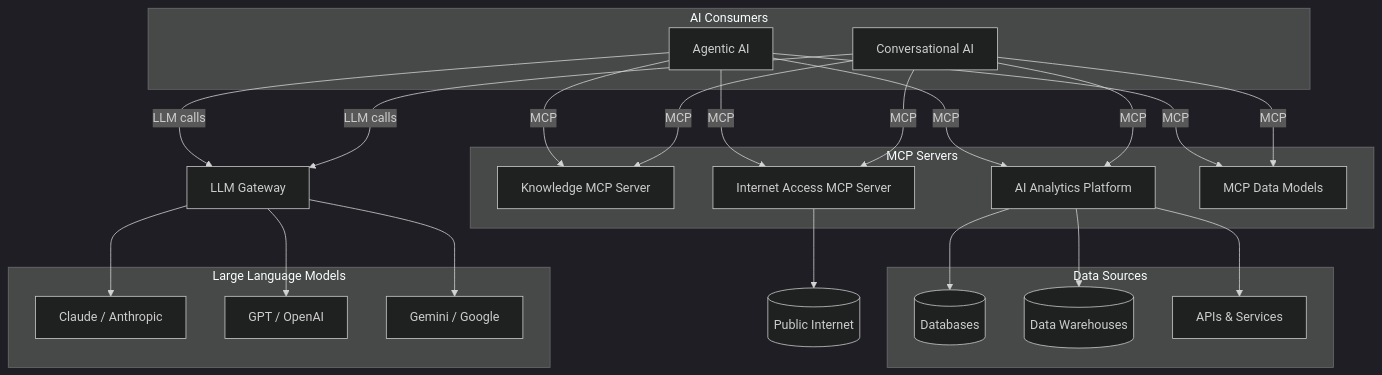
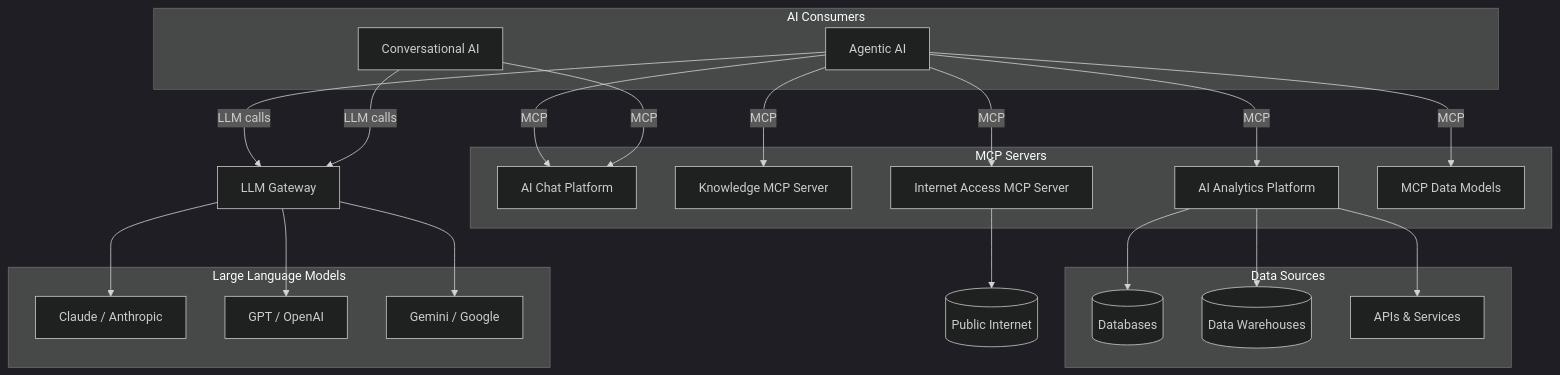
Before and after one commit to M-A-Operating-System/shared-work: the diagram in README.md, drawn with Mermaid (dark theme).

Commit message:
docs: restore AI Chat Platform node and tighten ecosystem diagram edges
CH node was dropped by an intermediate rebase. Restore it to MCP Servers
subgraph. Simplify edges: ConvAI routes through CH (the chat platform);
Agentic AI connects to all MCP servers directly.

https://claude.ai/code/session_01CYjqpWt1v2JhCDuDBEJCSM

````diff
--- a/README.md
+++ b/README.md
@@ -39,55 +39,54 @@
 ```mermaid
 flowchart TB
     subgraph Consumers["AI Consumers"]
         AgAI[Agentic AI]
         ConvAI[Conversational AI]
     end
 
     subgraph MCPServers["MCP Servers"]
+        CH[AI Chat Platform]
         KN[Knowledge MCP Server]
         AN[AI Analytics Platform]
         IN[Internet Access MCP Server]
         DM[MCP Data Models]
     end
 
     subgraph DataSources["Data Sources"]
         DB[(Databases)]
         DW[(Data Warehouses)]
         API[APIs & Services]
     end
 
     WEB[("Public Internet")]
 
     GW[LLM Gateway]
 
     subgraph LLMPool["Large Language Models"]
         L1[Claude / Anthropic]
         L2[GPT / OpenAI]
         L3[Gemini / Google]
     end
 
     AN --> DB
     AN --> DW
     AN --> API
     IN --> WEB
     GW --> L1
     GW --> L2
     GW --> L3
 
     click AN href "docs/product/analytics/01-overview.md"
     click KN href "docs/product/knowledge/01-overview.md"
     click CH href "docs/product/assistant/01-overview.md"
     click IN href "docs/product/internet/01-overview.md"
     click ConvAI href "docs/product/assistant/01-overview.md"
 
     AgAI -->|MCP| AN
     AgAI -->|MCP| KN
+    AgAI -->|MCP| CH
     AgAI -->|MCP| IN
     AgAI -->|MCP| DM
     AgAI -->|LLM calls| GW
-    ConvAI -->|MCP| AN
-    ConvAI -->|MCP| KN
-    ConvAI -->|MCP| IN
-    ConvAI -->|MCP| DM
+    ConvAI -->|MCP| CH
     ConvAI -->|LLM calls| GW
 ```
````
